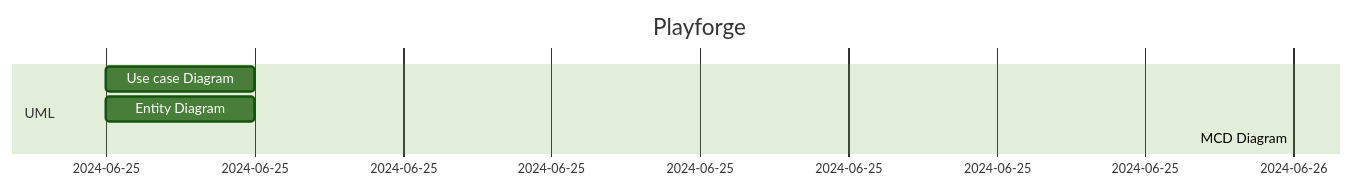
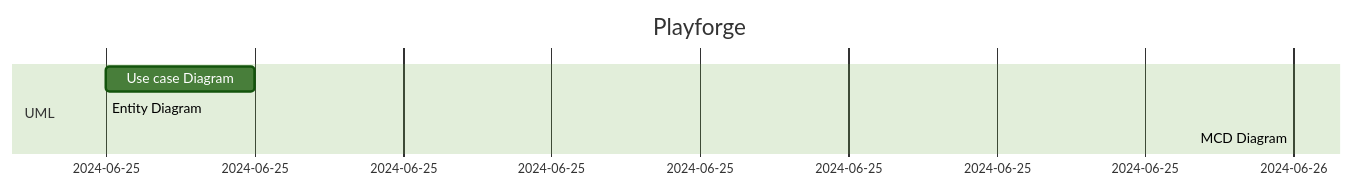
The first of 3 diagrams in README.md (JameS-Gmz/api-Rest), drawn with Mermaid (forest theme) before and after one commit.

````diff
--- a/README.md
+++ b/README.md
@@ -45,9 +45,9 @@
 ```mermaid
 gantt
     title Playforge
     dateFormat MM-DD
     section UML
         Use case Diagram    : 06-25,3h
-        Entity Diagram    : 06-25,3h
+        Entity Diagram    : 06-25, 13 
         MCD Diagram    : 06-26, 9am 4h
 ```
````
